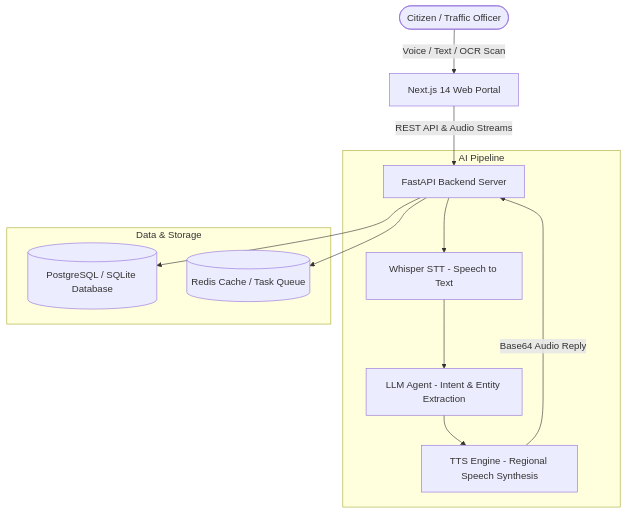
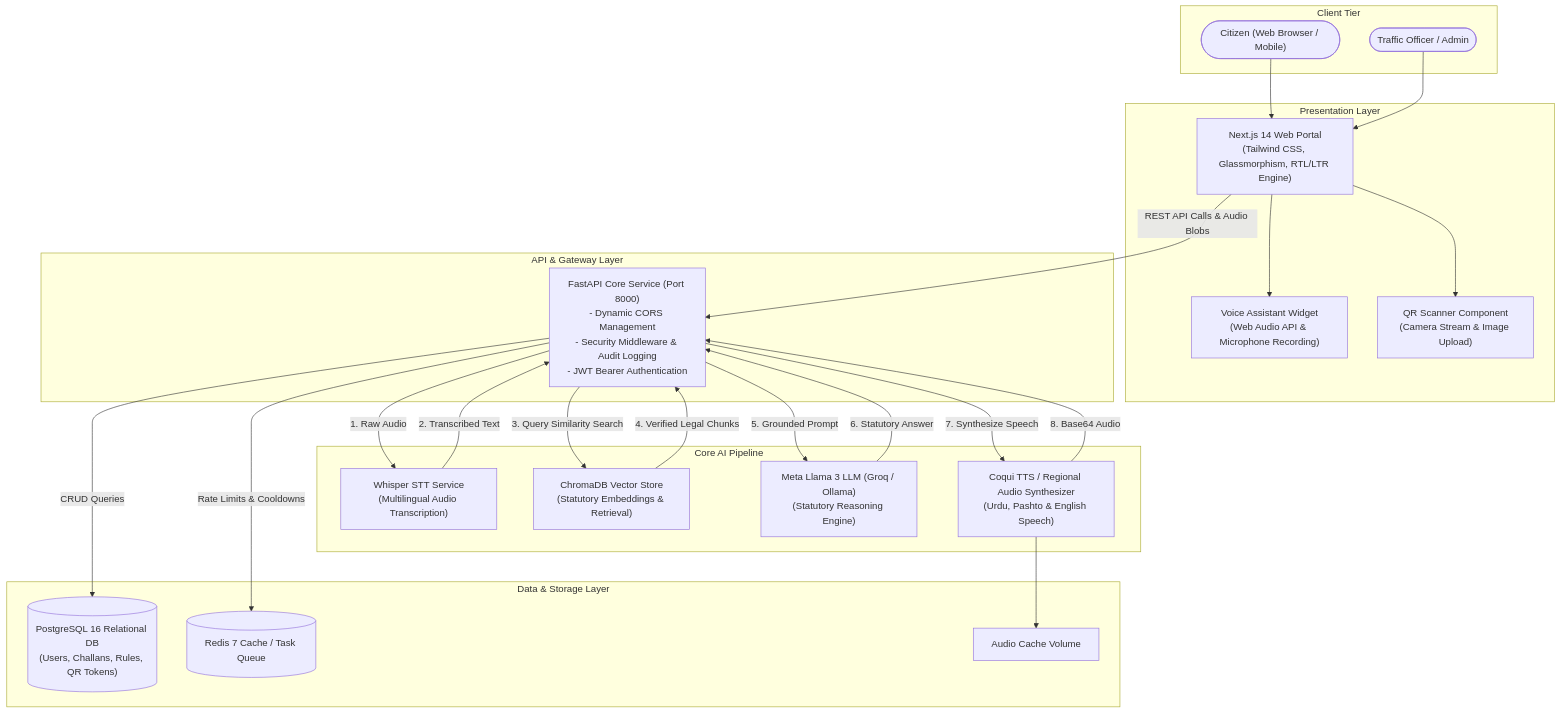
One commit to myaseen12/AI-Traffic-Voice-Assistant changed the first of 2 diagrams in docs/architecture/system-design.md. Above: the diagram before and after it, drawn with Mermaid. The commit also changed other lines of this file and 6 other files, not shown here.

````diff
--- a/docs/architecture/system-design.md
+++ b/docs/architecture/system-design.md
@@ -8,17 +7,49 @@
 ```mermaid
-graph TD
-    User([Citizen / Traffic Officer]) -->|Voice / Text / OCR Scan| Frontend[Next.js 14 Web Portal]
-    Frontend -->|REST API & Audio Streams| Backend[FastAPI Backend Server]
-    
-    subgraph AI Pipeline
-        Backend --> Whisper[Whisper STT - Speech to Text]
-        Whisper --> LLM[LLM Agent - Intent & Entity Extraction]
-        LLM --> TTS[TTS Engine - Regional Speech Synthesis]
-        TTS -->|Base64 Audio Reply| Backend
+flowchart TD
+    subgraph Client Tier
+        Citizen(["Citizen (Web Browser / Mobile)"])
+        Officer(["Traffic Officer / Admin"])
     end
-    
-    subgraph Data & Storage
-        Backend --> DB[(PostgreSQL / SQLite Database)]
-        Backend --> Cache[(Redis Cache / Task Queue)]
+
+    subgraph Presentation Layer
+        NextJS["Next.js 14 Web Portal\n(Tailwind CSS, Glassmorphism, RTL/LTR Engine)"]
+        VoiceWidget["Voice Assistant Widget\n(Web Audio API & Microphone Recording)"]
+        QRScanner["QR Scanner Component\n(Camera Stream & Image Upload)"]
     end
+
+    subgraph API & Gateway Layer
+        FastAPI["FastAPI Core Service (Port 8000)\n- Dynamic CORS Management\n- Security Middleware & Audit Logging\n- JWT Bearer Authentication"]
+    end
+
+    subgraph Core AI Pipeline
+        Whisper["Whisper STT Service\n(Multilingual Audio Transcription)"]
+        ChromaRAG["ChromaDB Vector Store\n(Statutory Embeddings & Retrieval)"]
+        Llama3["Meta Llama 3 LLM (Groq / Ollama)\n(Statutory Reasoning Engine)"]
+        TTS["Coqui TTS / Regional Audio Synthesizer\n(Urdu, Pashto & English Speech)"]
+    end
+
+    subgraph Data & Storage Layer
+        Postgres[("PostgreSQL 16 Relational DB\n(Users, Challans, Rules, QR Tokens)")]
+        Redis[("Redis 7 Cache / Task Queue")]
+        DiskAudio["Audio Cache Volume"]
+    end
+
+    Citizen --> NextJS
+    Officer --> NextJS
+    NextJS --> VoiceWidget
+    NextJS --> QRScanner
+    NextJS -->|REST API Calls & Audio Blobs| FastAPI
+
+    FastAPI -->|1. Raw Audio| Whisper
+    Whisper -->|2. Transcribed Text| FastAPI
+    FastAPI -->|3. Query Similarity Search| ChromaRAG
+    ChromaRAG -->|4. Verified Legal Chunks| FastAPI
+    FastAPI -->|5. Grounded Prompt| Llama3
+    Llama3 -->|6. Statutory Answer| FastAPI
+    FastAPI -->|7. Synthesize Speech| TTS
+    TTS -->|8. Base64 Audio| FastAPI
+
+    FastAPI -->|CRUD Queries| Postgres
+    FastAPI -->|Rate Limits & Cooldowns| Redis
+    TTS --> DiskAudio
 ```
````
